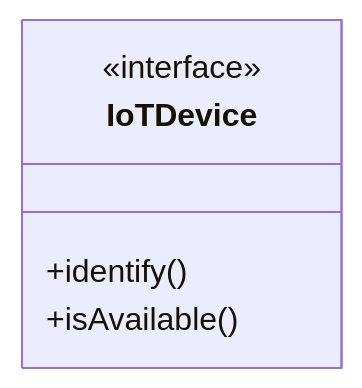
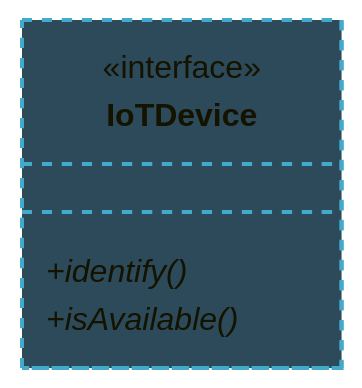
One commit to neu-pdi/cs3100-public-resources changed the sixth of 22 diagrams in lecture-slides-spertus/l2-inheritance-polymorphism.mdx. Above: the diagram before and after it, drawn with Mermaid. The commit also changed other lines of this file and 6 other files, not shown here.

````diff
--- a/lecture-slides-spertus/l2-inheritance-polymorphism.mdx
+++ b/lecture-slides-spertus/l2-inheritance-polymorphism.mdx
@@ -239,8 +543,10 @@
 ```mermaid
 classDiagram
     class IoTDevice {
         <<interface>>
-        +identify()
-        +isAvailable()
+        +identify()*
+        +isAvailable()*
     }
+
+    style IoTDevice fill:#2d4a5a,stroke:#4ac,stroke-width:2px,stroke-dasharray: 5 5
 ```
````
